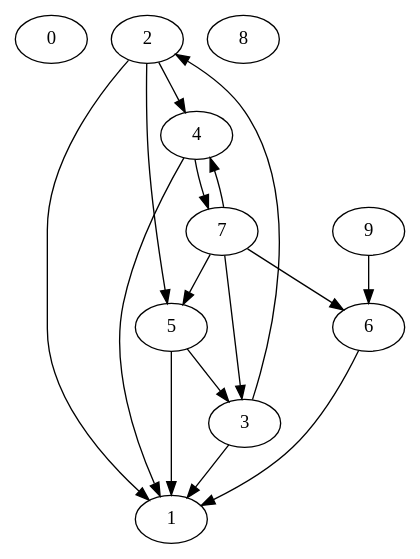
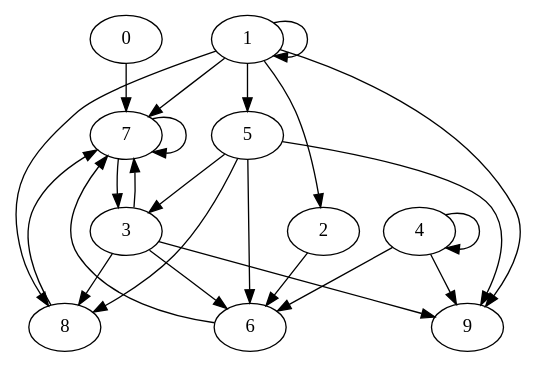
The diagram in Fase3/Interfaz/grafo.dot (ASique-4/-EDD_2S-BatallaNaval_202012039), drawn with Graphviz before and after one commit. The commit also changed 15 other files, not shown here.

```diff
--- a/Fase3/Interfaz/grafo.dot
+++ b/Fase3/Interfaz/grafo.dot
@@ -1,27 +1,35 @@
 digraph G {
 0;
+0->7;
 1;
+1->1;
+1->2;
+1->5;
+1->7;
+1->8;
+1->9;
 2;
-2->4;
-2->1;
-2->5;
+2->6;
 3;
-3->1;
-3->2;
+3->6;
+3->9;
+3->8;
+3->7;
 4;
-4->1;
-4->7;
+4->6;
+4->9;
+4->4;
 5;
-5->1;
+5->6;
+5->9;
+5->8;
 5->3;
 6;
-6->1;
+6->7;
 7;
-7->4;
 7->3;
-7->5;
-7->6;
+7->7;
 8;
+8->7;
 9;
-9->6;
 }
```
